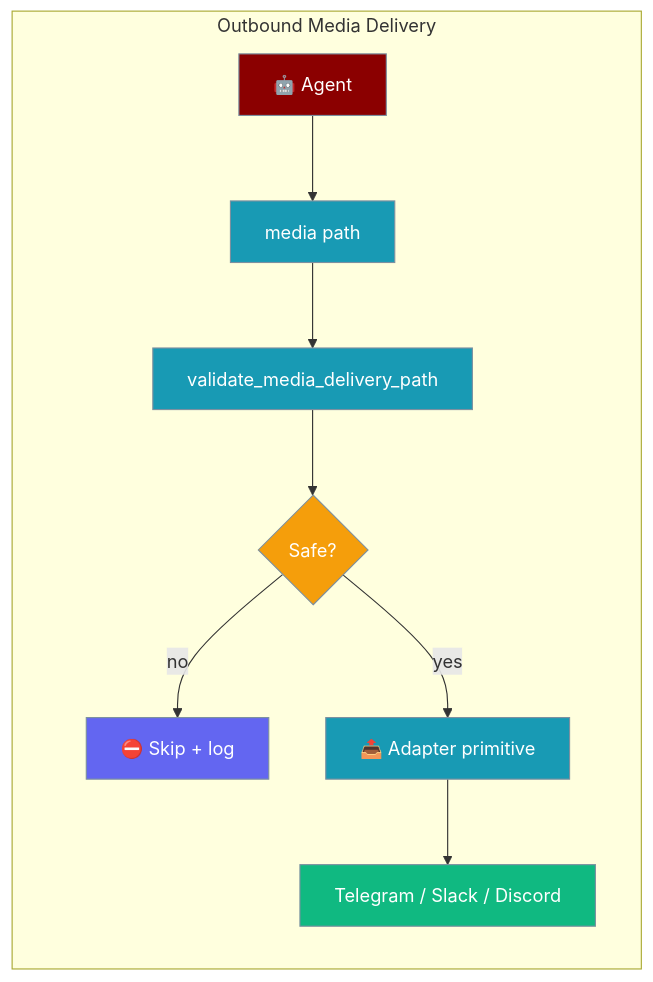
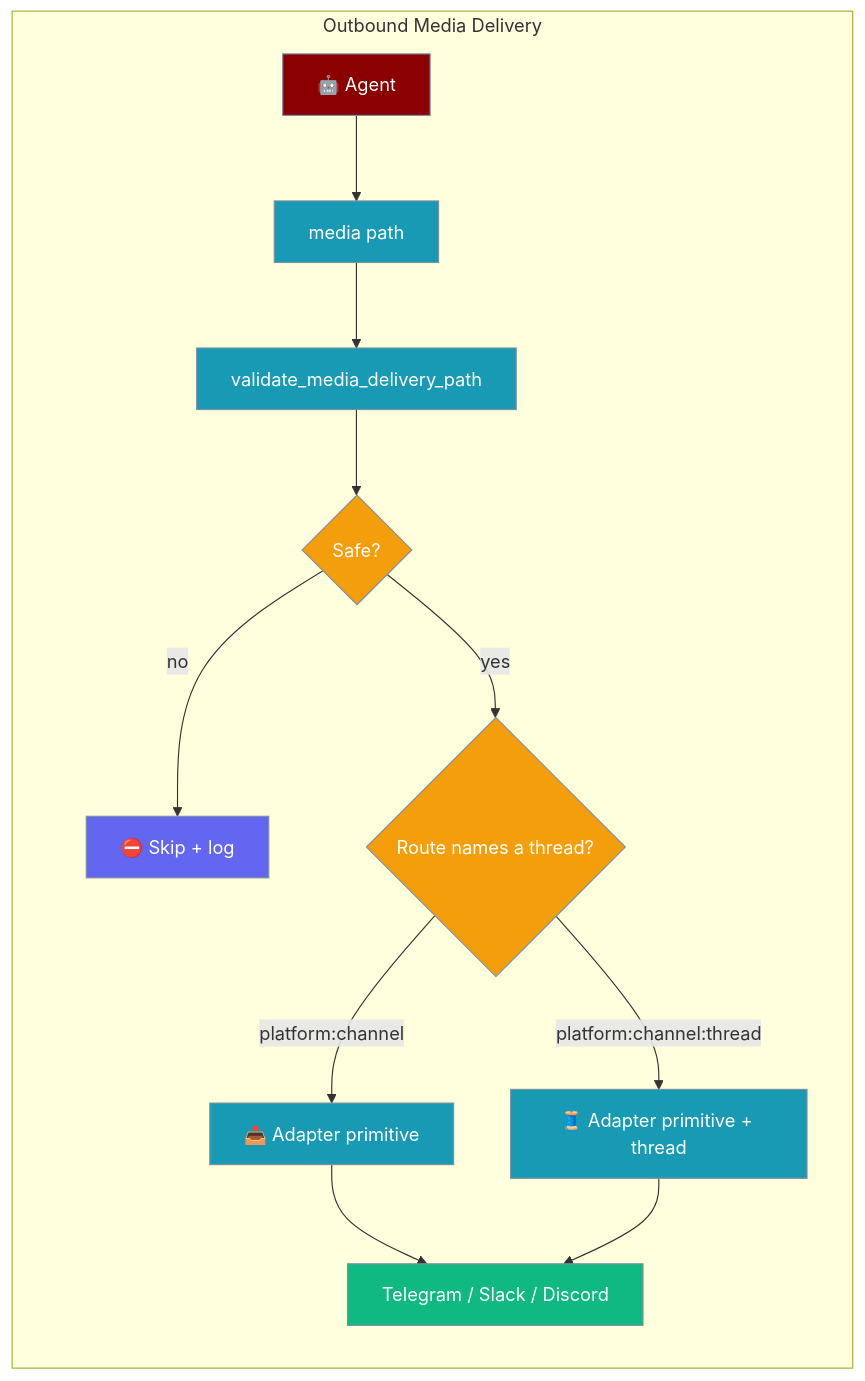
The first of 3 diagrams in docs/features/outbound-media-delivery.mdx (MervinPraison/PraisonAIDocs), drawn with Mermaid before and after one commit. The commit also changed other lines of this file and 2 other files, not shown here.

First line of the commit message:
docs: document outbound media thread parity (fixes #2119)

````diff
--- a/docs/features/outbound-media-delivery.mdx
+++ b/docs/features/outbound-media-delivery.mdx
@@ -26,23 +30,26 @@
 ```mermaid
 graph LR
     subgraph "Outbound Media Delivery"
         A[🤖 Agent] --> B[media path]
         B --> C[validate_media_delivery_path]
         C --> D{Safe?}
         D -->|no| E[⛔ Skip + log]
-        D -->|yes| F[📤 Adapter primitive]
+        D -->|yes| R{Route names a thread?}
+        R -->|platform:channel| F[📤 Adapter primitive]
+        R -->|platform:channel:thread| T[🧵 Adapter primitive + thread]
         F --> G[Telegram / Slack / Discord]
+        T --> G
     end
 
     classDef agent fill:#8B0000,stroke:#7C90A0,color:#fff
     classDef process fill:#189AB4,stroke:#7C90A0,color:#fff
     classDef decision fill:#F59E0B,stroke:#7C90A0,color:#fff
     classDef skip fill:#6366F1,stroke:#7C90A0,color:#fff
     classDef result fill:#10B981,stroke:#7C90A0,color:#fff
 
     class A agent
-    class B,C,F process
-    class D decision
+    class B,C,F,T process
+    class D,R decision
     class E skip
     class G result
 ```
````
